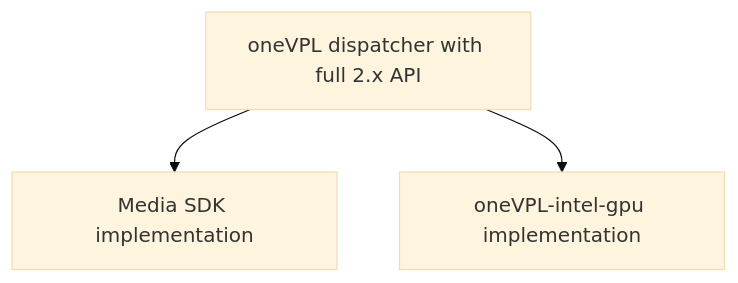
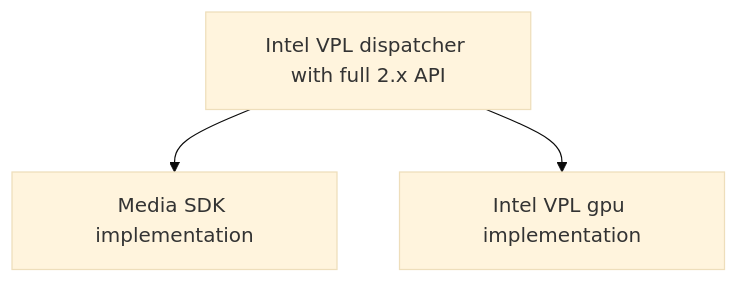
The third of 3 diagrams in examples/tutorials/01_transition/README.md (intel/libvpl), drawn with Mermaid (base theme) before and after one commit. The commit also changed other lines of this file, not shown here.

````diff
--- a/examples/tutorials/01_transition/README.md
+++ b/examples/tutorials/01_transition/README.md
@@ -346,5 +344,5 @@
 ```mermaid
 graph TD;
-    oneVPL[oneVPL dispatcher with full 2.x API]-->impl1[Media SDK implementation];
-    oneVPL[oneVPL dispatcher with full 2.x API]-->impl2[oneVPL-intel-gpu implementation];
+    dispatcher[Intel VPL dispatcher with full 2.x API]-->impl1[Media SDK implementation];
+    dispatcher[Intel VPL dispatcher with full 2.x API]-->impl2[Intel VPL gpu implementation];
 ```
````
